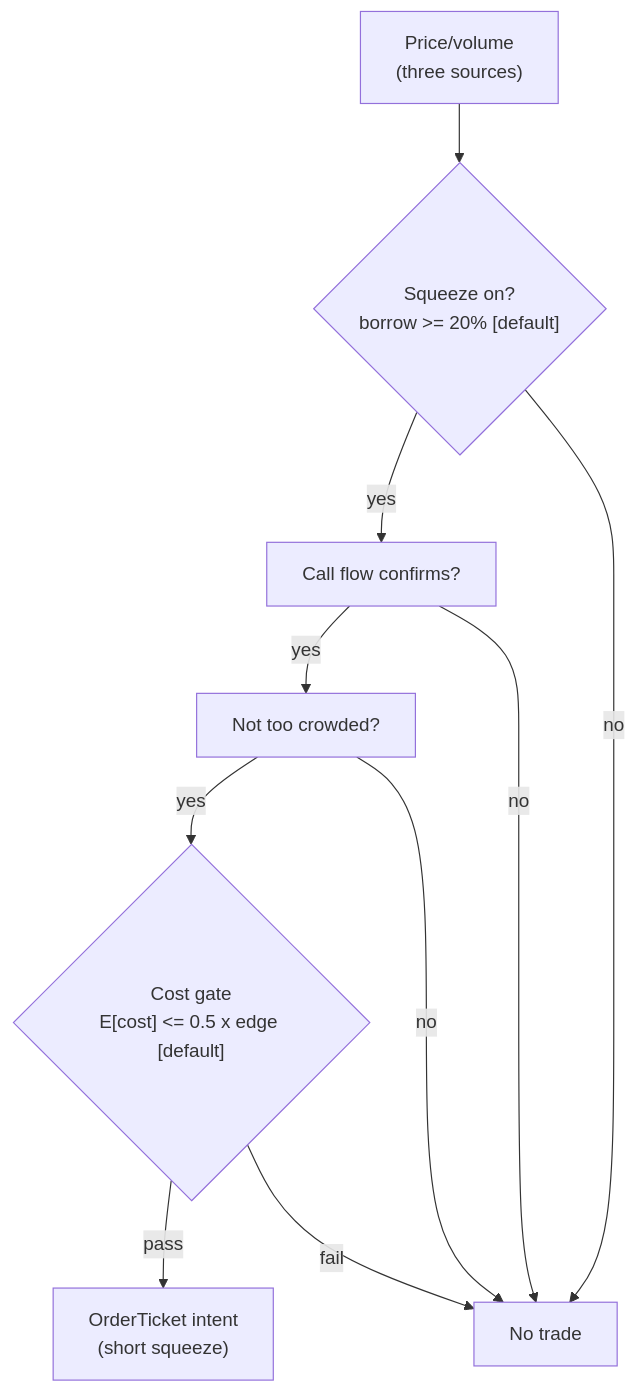
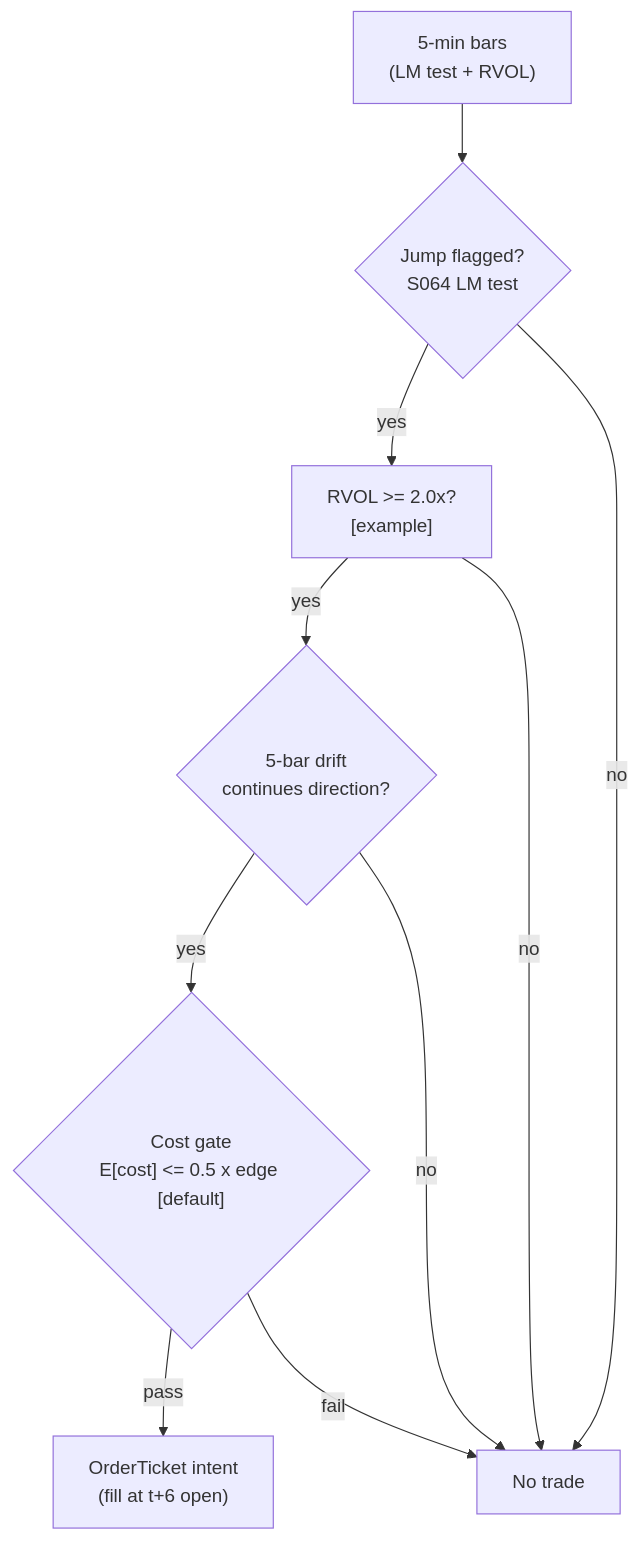
One commit to praveenguptahcl/quant-signals-deep changed the diagram in modules/strategies/T098.md. Above: the diagram before and after it, drawn with Mermaid. The commit also changed other lines of this file and 275 other files, not shown here.

````diff
--- a/modules/strategies/T098.md
+++ b/modules/strategies/T098.md
@@ -522,12 +698,12 @@
 ```mermaid
 flowchart TD
-    PRC["Price/volume\n(three sources)"] --> SQZ{"Squeeze on?\nborrow >= 20% [default]"} 
-    SQZ -->|yes| CONF["Call flow confirms?"]
-    SQZ -->|no| DROP["No trade"]
-    CONF -->|yes| CROWD["Not too crowded?"]
-    CONF -->|no| DROP
-    CROWD -->|yes| COST{"Cost gate\nE[cost] <= 0.5 x edge [default]"}
-    CROWD -->|no| DROP
-    COST -->|pass| OUT["OrderTicket intent\n(short squeeze)"]
+    PRC["5-min bars\n(LM test + RVOL)"] --> JMP{"Jump flagged?\nS064 LM test"} 
+    JMP -->|yes| RVOL["RVOL >= 2.0x?\n[example]"]
+    JMP -->|no| DROP["No trade"]
+    RVOL -->|yes| DRIFT{"5-bar drift\ncontinues direction?"}
+    RVOL -->|no| DROP
+    DRIFT -->|yes| COST{"Cost gate\nE[cost] <= 0.5 x edge [default]"}
+    DRIFT -->|no| DROP
+    COST -->|pass| OUT["OrderTicket intent\n(fill at t+6 open)"]
     COST -->|fail| DROP
 ```
````
